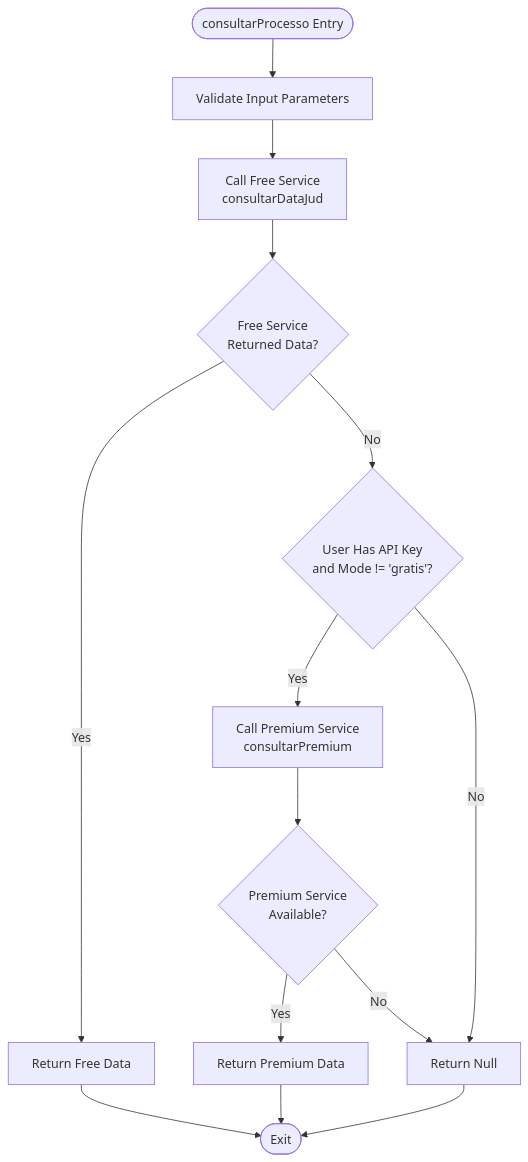
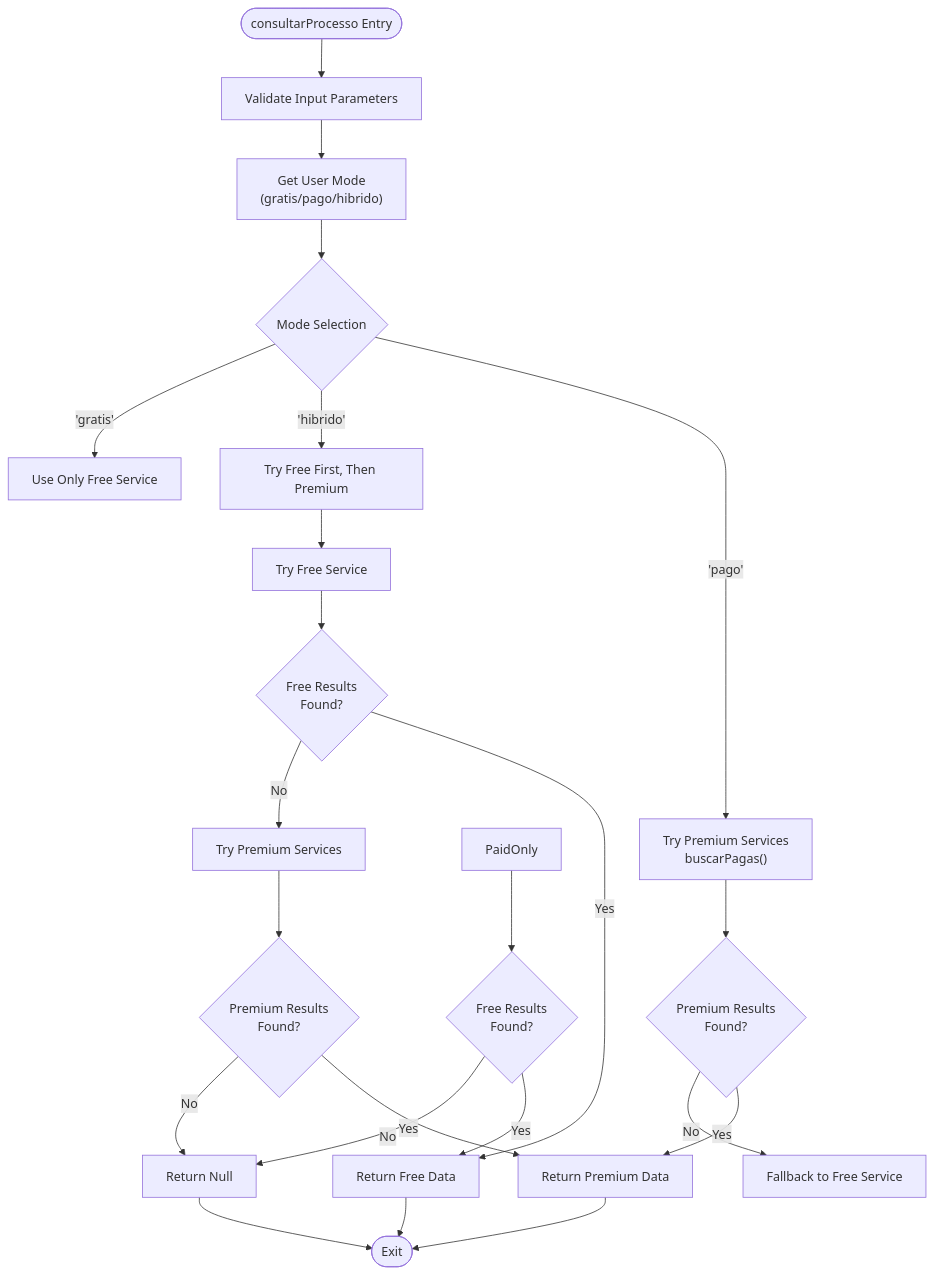
The third of 13 diagrams in .qoder/repowiki/en/content/API Integration Layer/API Integration Layer.md (Alexandrexicara/bot-processos), drawn with Mermaid before and after one commit. The commit also changed other lines of this file and 10 other files, not shown here.

````diff
--- a/.qoder/repowiki/en/content/API Integration Layer/API Integration Layer.md
+++ b/.qoder/repowiki/en/content/API Integration Layer/API Integration Layer.md
@@ -168,16 +233,25 @@
 ```mermaid
 flowchart TD
 Start([consultarProcesso Entry]) --> ValidateInput["Validate Input Parameters"]
-ValidateInput --> CallFree["Call Free Service<br/>consultarDataJud"]
-CallFree --> FreeSuccess{"Free Service<br/>Returned Data?"}
+ValidateInput --> GetMode["Get User Mode<br/>(gratis/pago/hibrido)"]
+GetMode --> ModeCheck{"Mode Selection"}
+ModeCheck --> |'pago'| PaidFirst["Try Premium Services<br/>buscarPagas()"]
+ModeCheck --> |'hibrido'| Hybrid["Try Free First, Then Premium"]
+ModeCheck --> |'gratis'| FreeOnly["Use Only Free Service"]
+PaidFirst --> PaidSuccess{"Premium Results<br/>Found?"}
+PaidSuccess --> |Yes| ReturnPaid["Return Premium Data"]
+PaidSuccess --> |No| FallbackFree["Fallback to Free Service"]
+PaidOnly --> FreeSuccess{"Free Results<br/>Found?"}
 FreeSuccess --> |Yes| ReturnFree["Return Free Data"]
-FreeSuccess --> |No| CheckPremium{"User Has API Key<br/>and Mode != 'gratis'?"}
-CheckPremium --> |Yes| CallPremium["Call Premium Service<br/>consultarPremium"]
-CheckPremium --> |No| ReturnNull["Return Null"]
-CallPremium --> PremiumSuccess{"Premium Service<br/>Available?"}
-PremiumSuccess --> |Yes| ReturnPremium["Return Premium Data"]
-PremiumSuccess --> |No| ReturnNull
+FreeSuccess --> |No| ReturnNull["Return Null"]
+Hybrid --> TryFree["Try Free Service"]
+TryFree --> FreeFound{"Free Results<br/>Found?"}
+FreeFound --> |Yes| ReturnFree
+FreeFound --> |No| TryPaid["Try Premium Services"]
+TryPaid --> PaidFound{"Premium Results<br/>Found?"}
+PaidFound --> |Yes| ReturnPaid
+PaidFound --> |No| ReturnNull
 ReturnFree --> End([Exit])
-ReturnPremium --> End
+ReturnPaid --> End
 ReturnNull --> End
 ```
````
